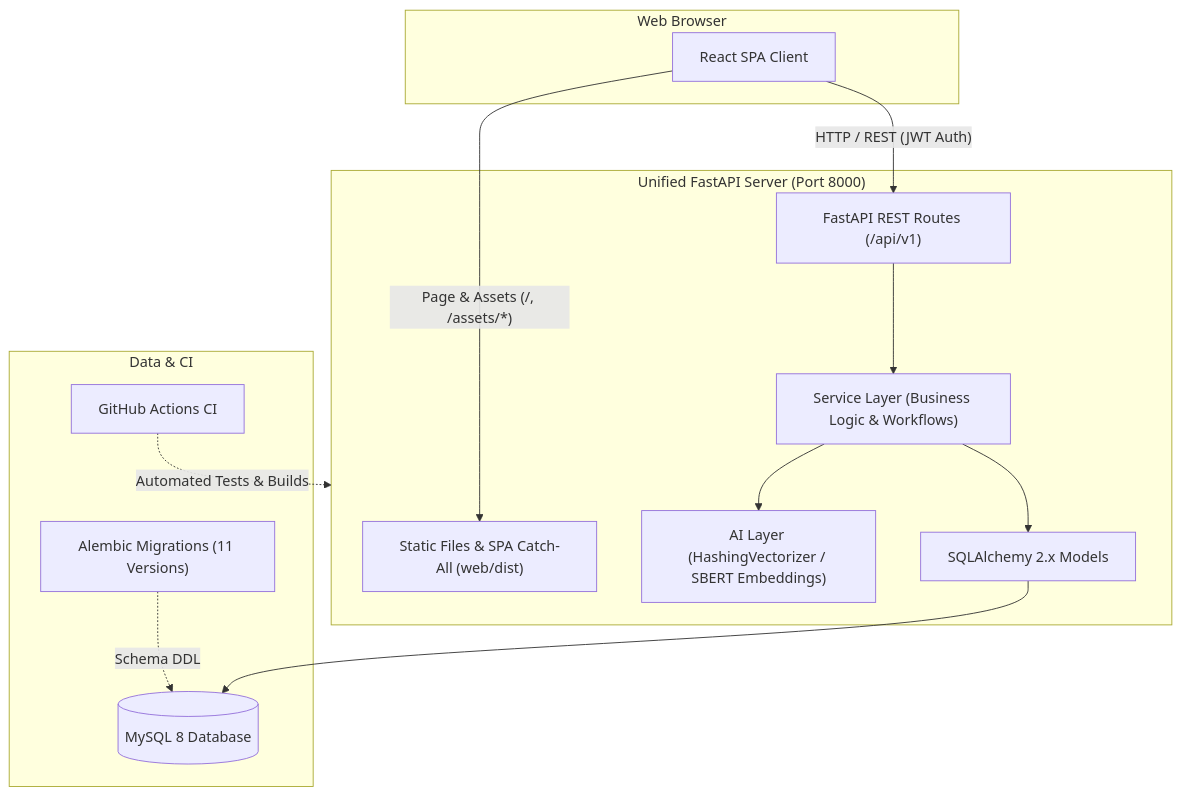
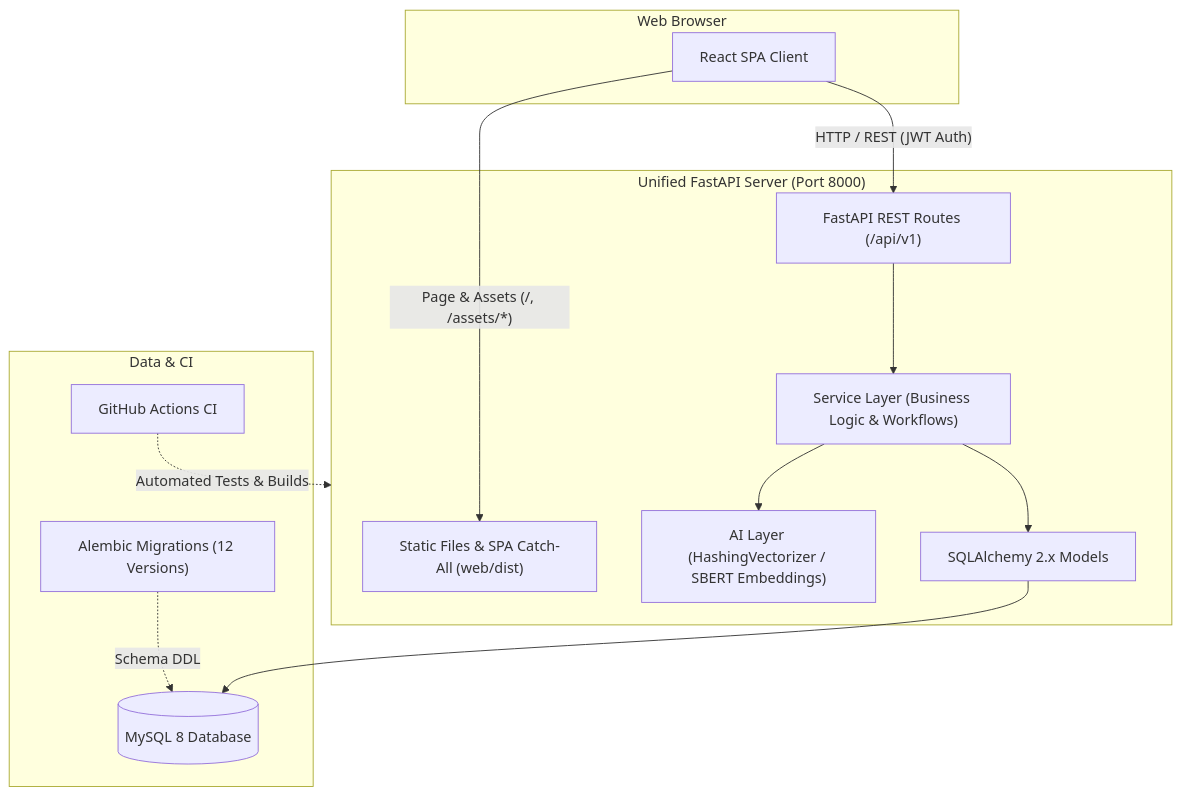
Before and after one commit to praneeth-hari/ServiceDesk-AI: the first of 3 diagrams in README.md, drawn with Mermaid. The commit also changed other lines of this file and 9 other files, not shown here.

````diff
--- a/README.md
+++ b/README.md
@@ -80,29 +80,29 @@
 ```mermaid
 flowchart TD
     subgraph Browser ["Web Browser"]
         UI["React SPA Client"]
     end
 
     subgraph Server ["Unified FastAPI Server (Port 8000)"]
         SPA["Static Files & SPA Catch-All (web/dist)"]
         Routes["FastAPI REST Routes (/api/v1)"]
         Services["Service Layer (Business Logic & Workflows)"]
         AI["AI Layer (HashingVectorizer / SBERT Embeddings)"]
         Models["SQLAlchemy 2.x Models"]
     end
 
     subgraph Data ["Data & CI"]
         DB[("MySQL 8 Database")]
-        Alembic["Alembic Migrations (11 Versions)"]
+        Alembic["Alembic Migrations (12 Versions)"]
         CI["GitHub Actions CI"]
     end
 
     UI -->|"Page & Assets (/, /assets/*)"| SPA
     UI -->|"HTTP / REST (JWT Auth)"| Routes
     Routes --> Services
     Services --> AI
     Services --> Models
     Models --> DB
     Alembic -.->|"Schema DDL"| DB
     CI -.->|"Automated Tests & Builds"| Server
 ```
````
